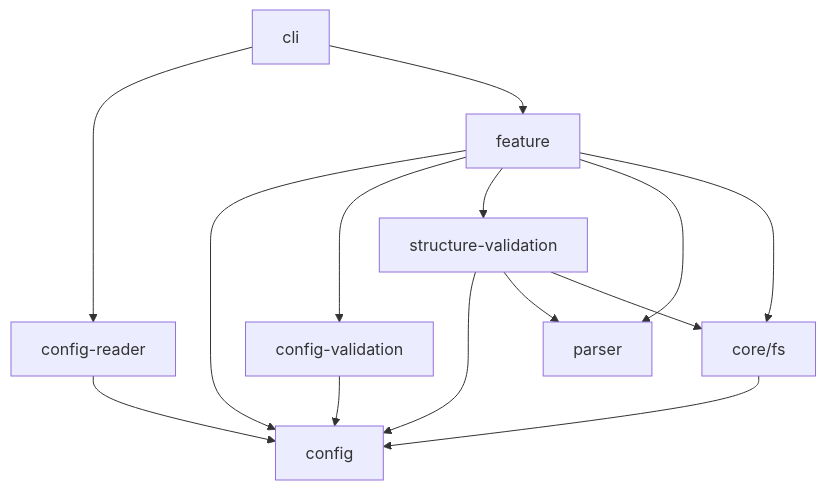
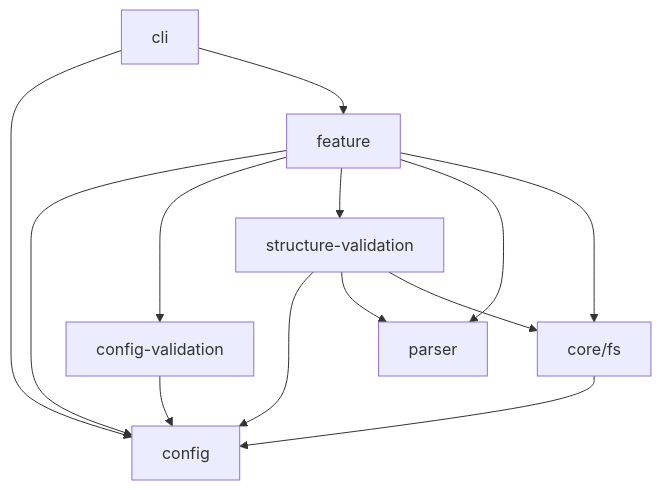
Before and after one commit to ayakovlenko/fences: the diagram in README.md, drawn with Mermaid. The commit also changed 6 other files, not shown here.

Commit message:
refactor(config-reader): delete module (#2)

````diff
--- a/README.md
+++ b/README.md
@@ -61,25 +61,23 @@
 ```mermaid
 flowchart TD
     config["config"]
     config_validation["config-validation"]
     structure_validation["structure-validation"]
     parser["parser"]
-    config_reader["config-reader"]
     cli["cli"]
     feature["feature"]
     core_fs["core/fs"]
 
     config_validation --> config
     structure_validation --> config
     structure_validation --> parser
     structure_validation --> core_fs
-    config_reader --> config
-    cli --> config_reader
+    cli --> config
     cli --> feature
     feature --> config
     feature --> config_validation
     feature --> structure_validation
     feature --> parser
     feature --> core_fs
     core_fs --> config
 ```
````
